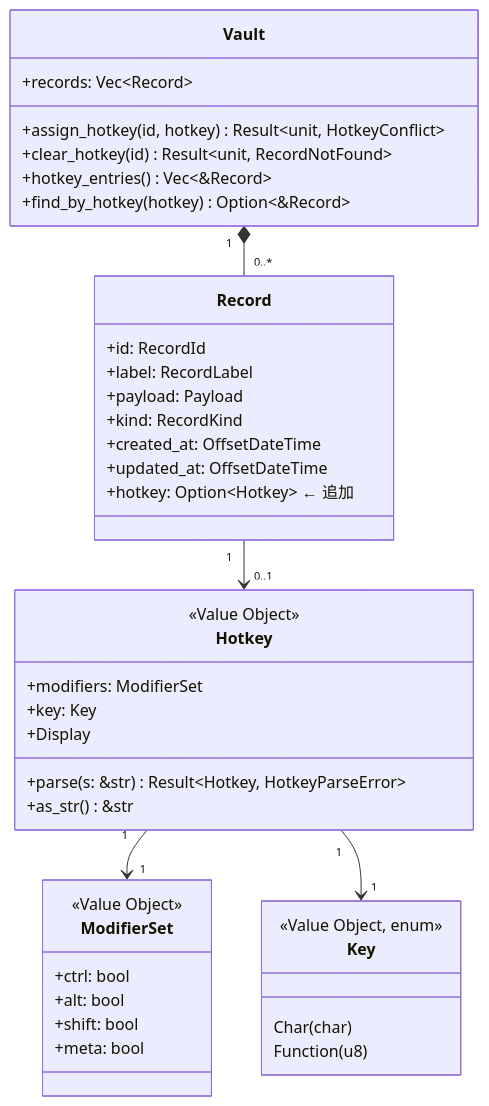
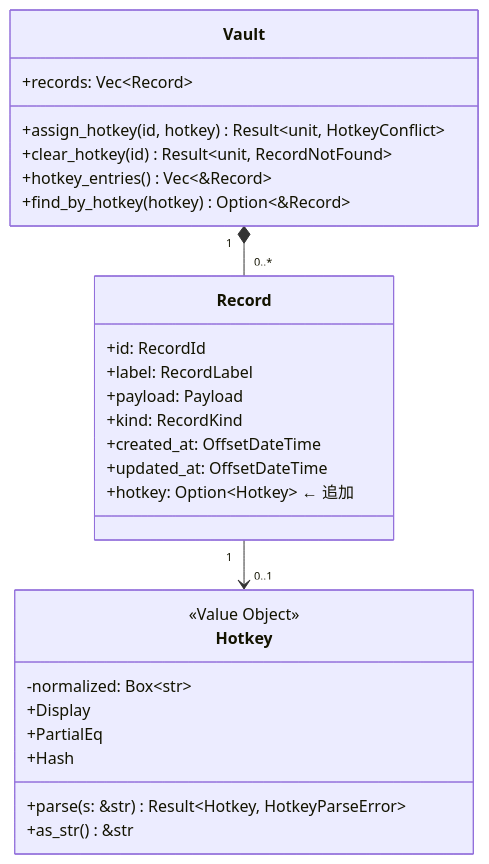
The diagram in docs/features/daemon-hotkey-clipboard/domain/basic-design.md (shikomi-dev/shikomi), drawn with Mermaid before and after one commit. The commit also changed other lines of this file and 6 other files, not shown here.

````diff
--- a/docs/features/daemon-hotkey-clipboard/domain/basic-design.md
+++ b/docs/features/daemon-hotkey-clipboard/domain/basic-design.md
@@ -38,44 +38,31 @@
 ```mermaid
 classDiagram
     class Record {
         +id: RecordId
         +label: RecordLabel
         +payload: Payload
         +kind: RecordKind
         +created_at: OffsetDateTime
         +updated_at: OffsetDateTime
         +hotkey: Option~Hotkey~  ← 追加
     }
     class Hotkey {
         <<Value Object>>
-        +modifiers: ModifierSet
-        +key: Key
+        -normalized: Box~str~
         +parse(s: &str) Result~Hotkey, HotkeyParseError~
         +as_str() &str
         +Display
-    }
-    class ModifierSet {
-        <<Value Object>>
-        +ctrl: bool
-        +alt: bool
-        +shift: bool
-        +meta: bool
-    }
-    class Key {
-        <<Value Object, enum>>
-        Char(char)
-        Function(u8)
+        +PartialEq
+        +Hash
     }
     class Vault {
         +records: Vec~Record~
         +assign_hotkey(id, hotkey) Result~unit, HotkeyConflict~
         +clear_hotkey(id) Result~unit, RecordNotFound~
         +hotkey_entries() Vec~&Record~
         +find_by_hotkey(hotkey) Option~&Record~
     }
 
     Record "1" --> "0..1" Hotkey
-    Hotkey "1" --> "1" ModifierSet
-    Hotkey "1" --> "1" Key
     Vault "1" *-- "0..*" Record
 ```
````
